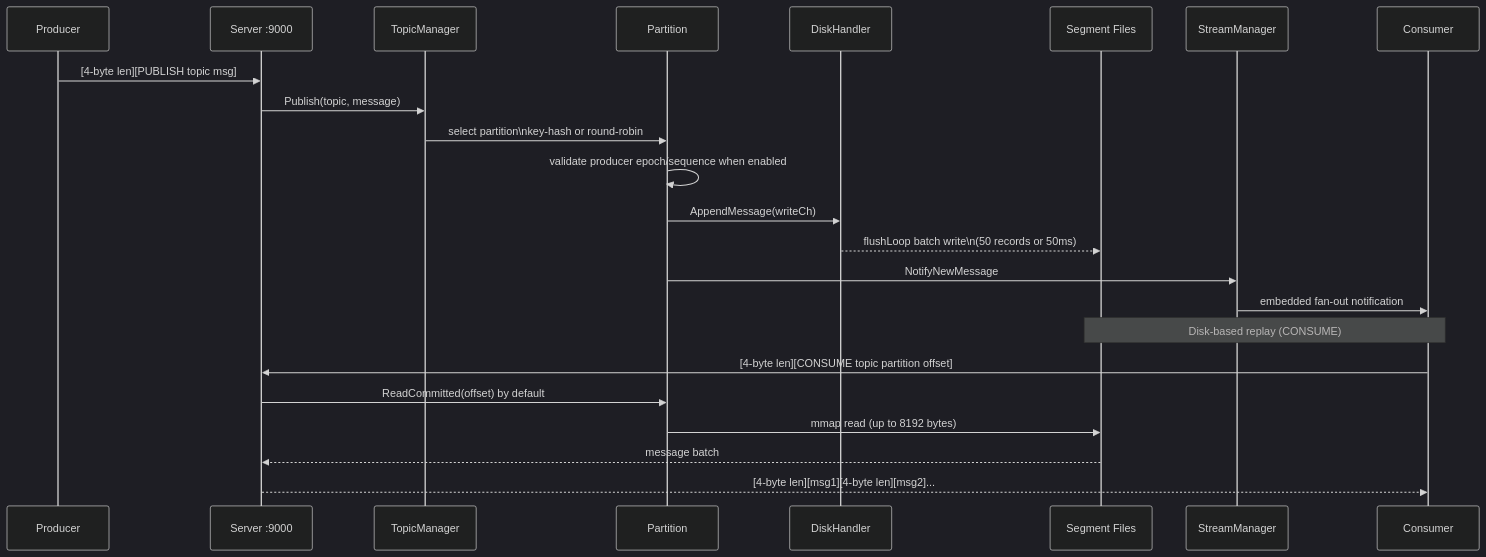
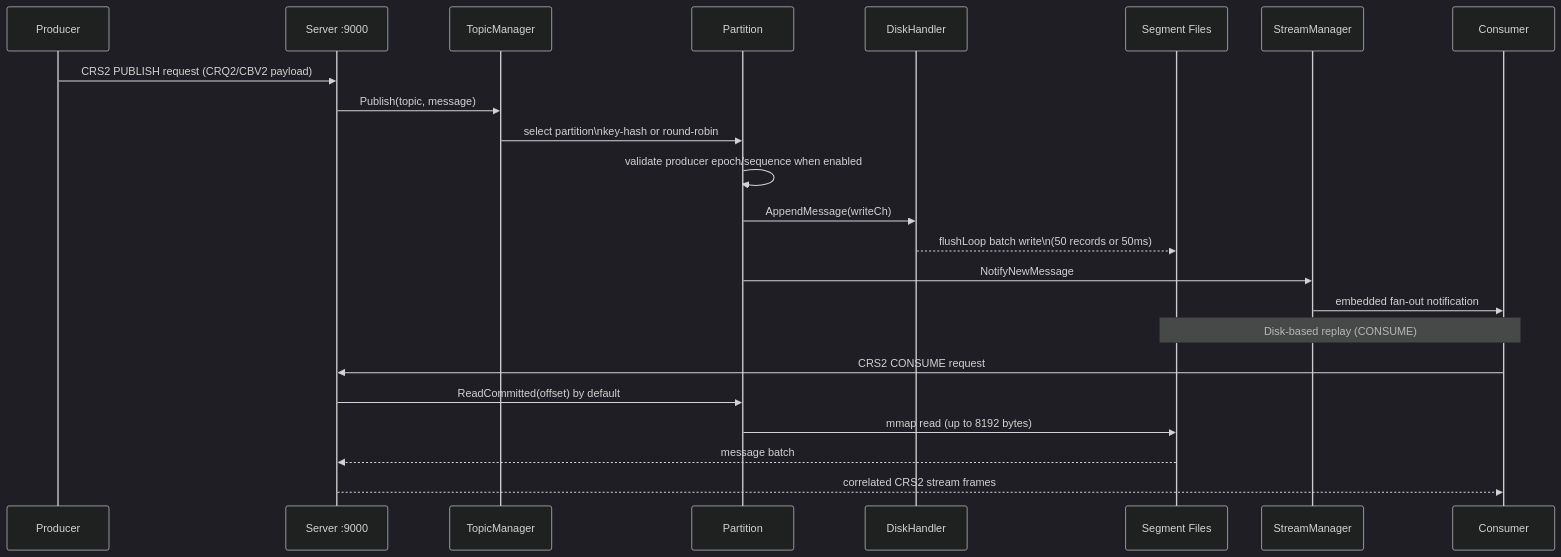
Before and after one commit to cursus-io/cursus: the second of 8 diagrams in docs/architecture.md, drawn with Mermaid (dark theme). The commit also changed other lines of this file and 337 other files, not shown here.

````diff
--- a/docs/architecture.md
+++ b/docs/architecture.md
@@ -98,27 +98,27 @@
 ```mermaid
 sequenceDiagram
     participant PROD as Producer
     participant SRV as Server :9000
     participant TM as TopicManager
     participant PART as Partition
     participant DH as DiskHandler
     participant DISK as Segment Files
     participant SM as StreamManager
     participant CONS as Consumer
 
-    PROD->>SRV: [4-byte len][PUBLISH topic msg]
+    PROD->>SRV: CRS2 PUBLISH request (CRQ2/CBV2 payload)
     SRV->>TM: Publish(topic, message)
     TM->>PART: select partition\nkey-hash or round-robin
     PART->>PART: validate producer epoch/sequence when enabled
     PART->>DH: AppendMessage(writeCh)
     DH-->>DISK: flushLoop batch write\n(50 records or 50ms)
     PART->>SM: NotifyNewMessage
     SM->>CONS: embedded fan-out notification
 
     Note over CONS,DISK: Disk-based replay (CONSUME)
-    CONS->>SRV: [4-byte len][CONSUME topic partition offset]
+    CONS->>SRV: CRS2 CONSUME request
     SRV->>PART: ReadCommitted(offset) by default
     PART->>DISK: mmap read (up to 8192 bytes)
     DISK-->>SRV: message batch
-    SRV-->>CONS: [4-byte len][msg1][4-byte len][msg2]...
+    SRV-->>CONS: correlated CRS2 stream frames
 ```
````
